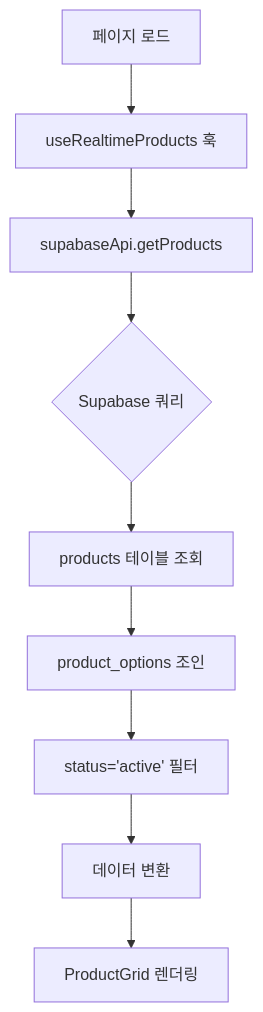
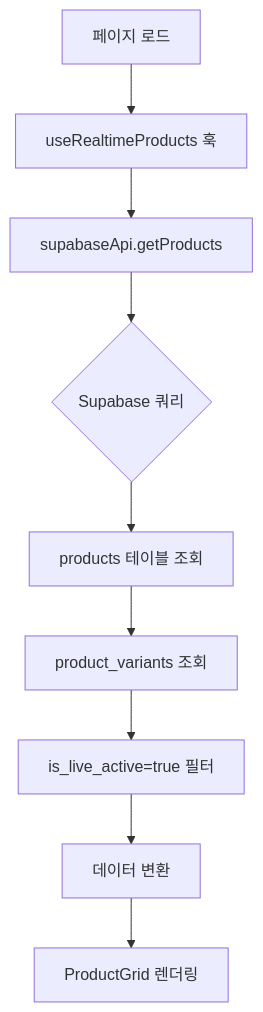
One commit to Theloho/live-commerce changed the first of 12 diagrams in DETAILED_DATA_FLOW.md. Above: the diagram before and after it, drawn with Mermaid. The commit also changed other lines of this file and 23 other files, not shown here.

````diff
--- a/DETAILED_DATA_FLOW.md
+++ b/DETAILED_DATA_FLOW.md
@@ -142,11 +215,11 @@
 ```mermaid
 graph TD
     A[페이지 로드] --> B[useRealtimeProducts 훅]
     B --> C[supabaseApi.getProducts]
     C --> D{Supabase 쿼리}
     D --> E[products 테이블 조회]
-    E --> F[product_options 조인]
-    F --> G[status='active' 필터]
+    E --> F[product_variants 조회]
+    F --> G[is_live_active=true 필터]
     G --> H[데이터 변환]
     H --> I[ProductGrid 렌더링]
 ```
````
